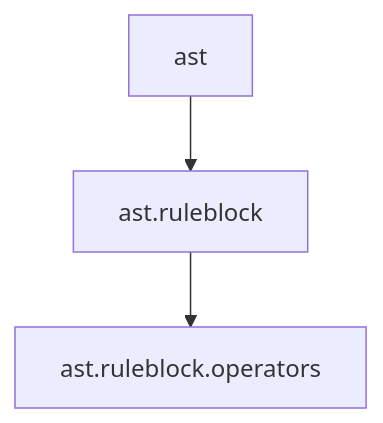
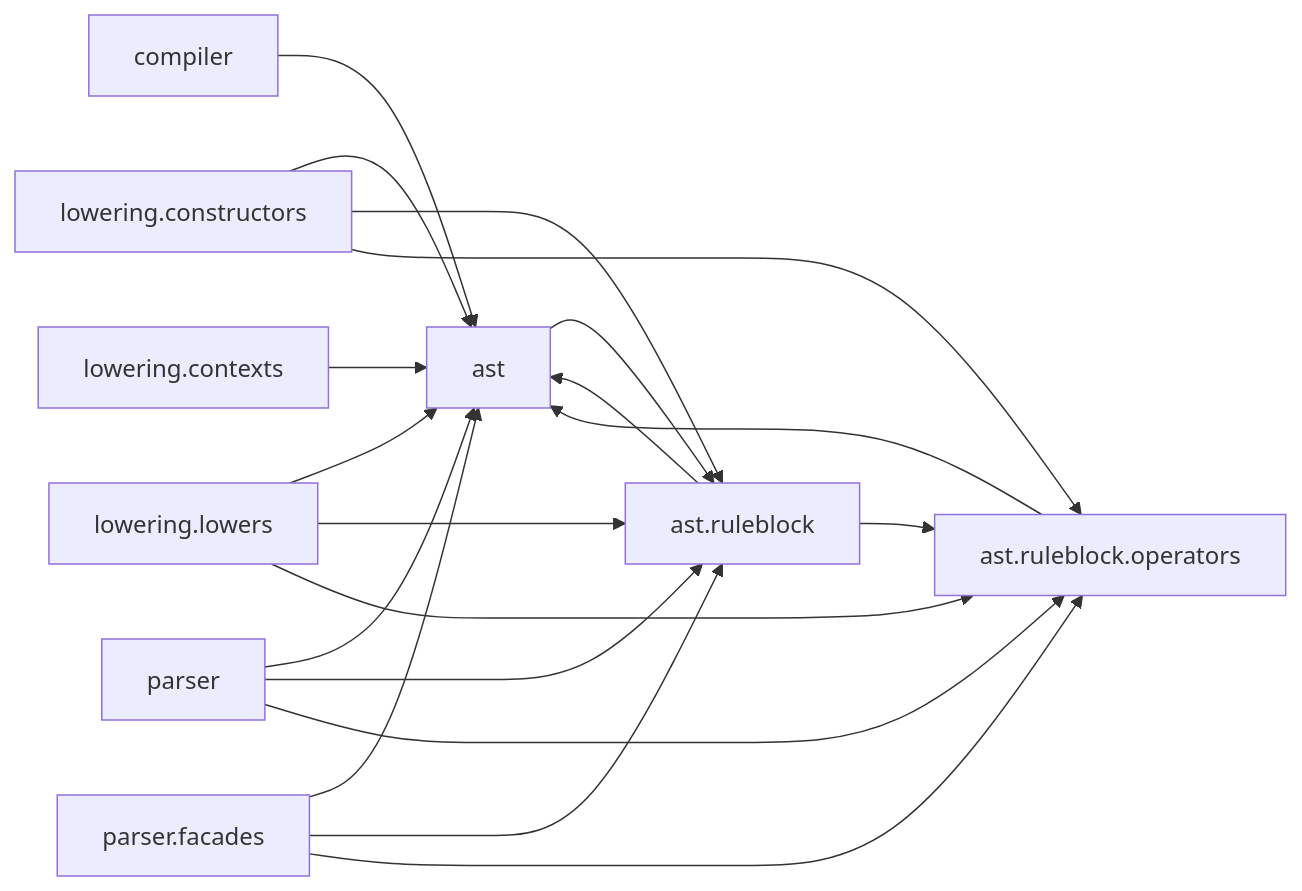
The first of 3 diagrams in doc/modules/ast.md (PascalUser/FLC-IEC61131-7), drawn with Mermaid before and after one commit. The commit also changed other lines of this file and 191 other files, not shown here.

````diff
--- a/doc/modules/ast.md
+++ b/doc/modules/ast.md
@@ -15,8 +25,30 @@
 ```mermaid
-flowchart TD
+flowchart LR
     ast["ast"]
     ast_ruleblock["ast.ruleblock"]
-    ast_operators["ast.ruleblock.operators"]
+    ast_ruleblock_operators["ast.ruleblock.operators"]
+    compiler["compiler"]
+    lowering_constructors["lowering.constructors"]
+    lowering_contexts["lowering.contexts"]
+    lowering_lowers["lowering.lowers"]
+    parser["parser"]
+    parser_facades["parser.facades"]
     ast --> ast_ruleblock
-    ast_ruleblock --> ast_operators
+    ast_ruleblock --> ast
+    ast_ruleblock --> ast_ruleblock_operators
+    ast_ruleblock_operators --> ast
+    compiler --> ast
+    lowering_constructors --> ast
+    lowering_constructors --> ast_ruleblock
+    lowering_constructors --> ast_ruleblock_operators
+    lowering_contexts --> ast
+    lowering_lowers --> ast
+    lowering_lowers --> ast_ruleblock
+    lowering_lowers --> ast_ruleblock_operators
+    parser --> ast
+    parser --> ast_ruleblock
+    parser --> ast_ruleblock_operators
+    parser_facades --> ast
+    parser_facades --> ast_ruleblock
+    parser_facades --> ast_ruleblock_operators
 ```
````
